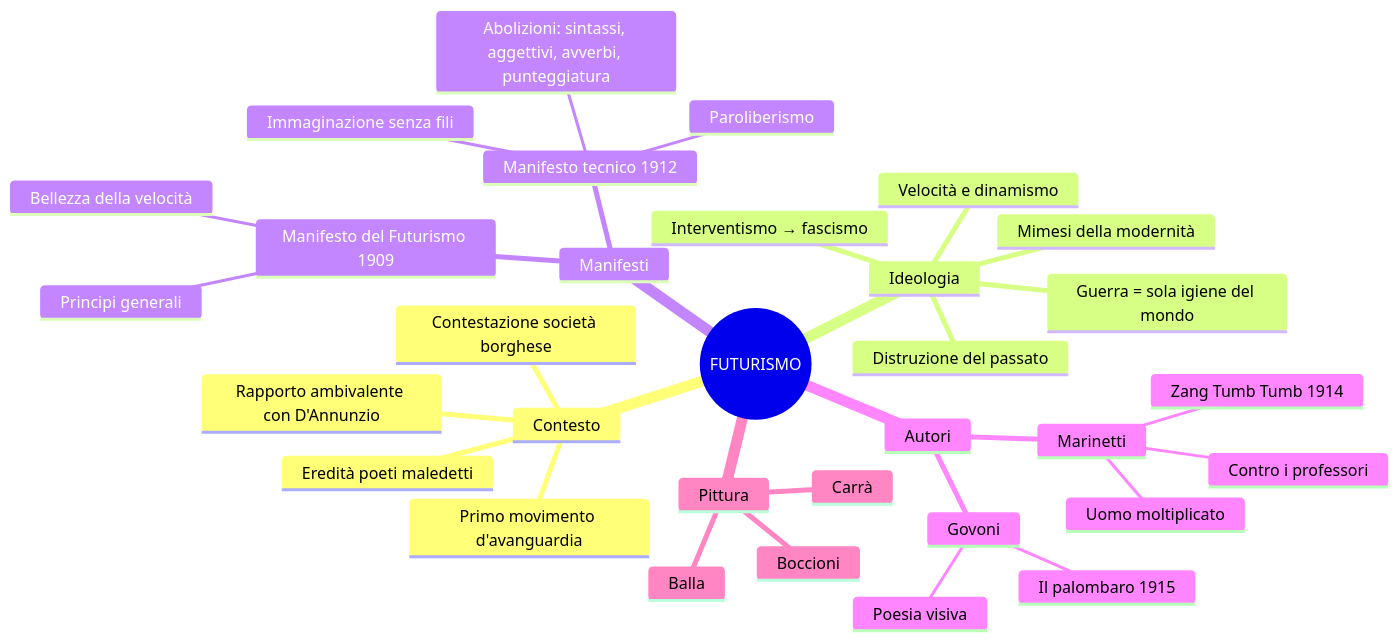
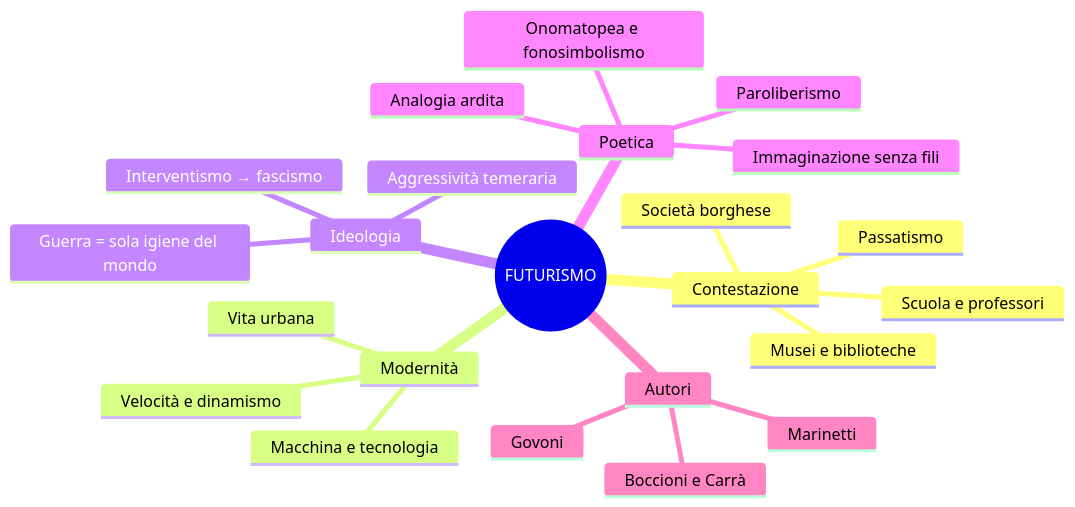
The first of 2 diagrams in italiano/futurismo/riassunto.md (riccardo-algorime/appunti-5Bsa), drawn with Mermaid before and after one commit. The commit also changed other lines of this file and 7 other files, not shown here.

````diff
--- a/italiano/futurismo/riassunto.md
+++ b/italiano/futurismo/riassunto.md
@@ -96,35 +47,26 @@
 ```mermaid
 mindmap
   root((FUTURISMO))
-    Contesto
-      Primo movimento d'avanguardia
-      Contestazione società borghese
-      Eredità poeti maledetti
-      Rapporto ambivalente con D'Annunzio
+    Contestazione
+      Società borghese
+      Passatismo
+      Musei e biblioteche
+      Scuola e professori
+    Modernità
+      Velocità e dinamismo
+      Macchina e tecnologia
+      Vita urbana
     Ideologia
-      Distruzione del passato
-      Mimesi della modernità
-      Velocità e dinamismo
       Guerra = sola igiene del mondo
       Interventismo → fascismo
-    Manifesti
-      Manifesto del Futurismo 1909
-        Principi generali
-        Bellezza della velocità
-      Manifesto tecnico 1912
-        Paroliberismo
-        Immaginazione senza fili
-        Abolizioni: sintassi, aggettivi, avverbi, punteggiatura
+      Aggressività temeraria
+    Poetica
+      Paroliberismo
+      Immaginazione senza fili
+      Analogia ardita
+      Onomatopea e fonosimbolismo
     Autori
       Marinetti
-        Zang Tumb Tumb 1914
-        Contro i professori
-        Uomo moltiplicato
       Govoni
-        Il palombaro 1915
-        Poesia visiva
-    Pittura
-      Boccioni
-      Carrà
-      Balla
+      Boccioni e Carrà
 ```
````
